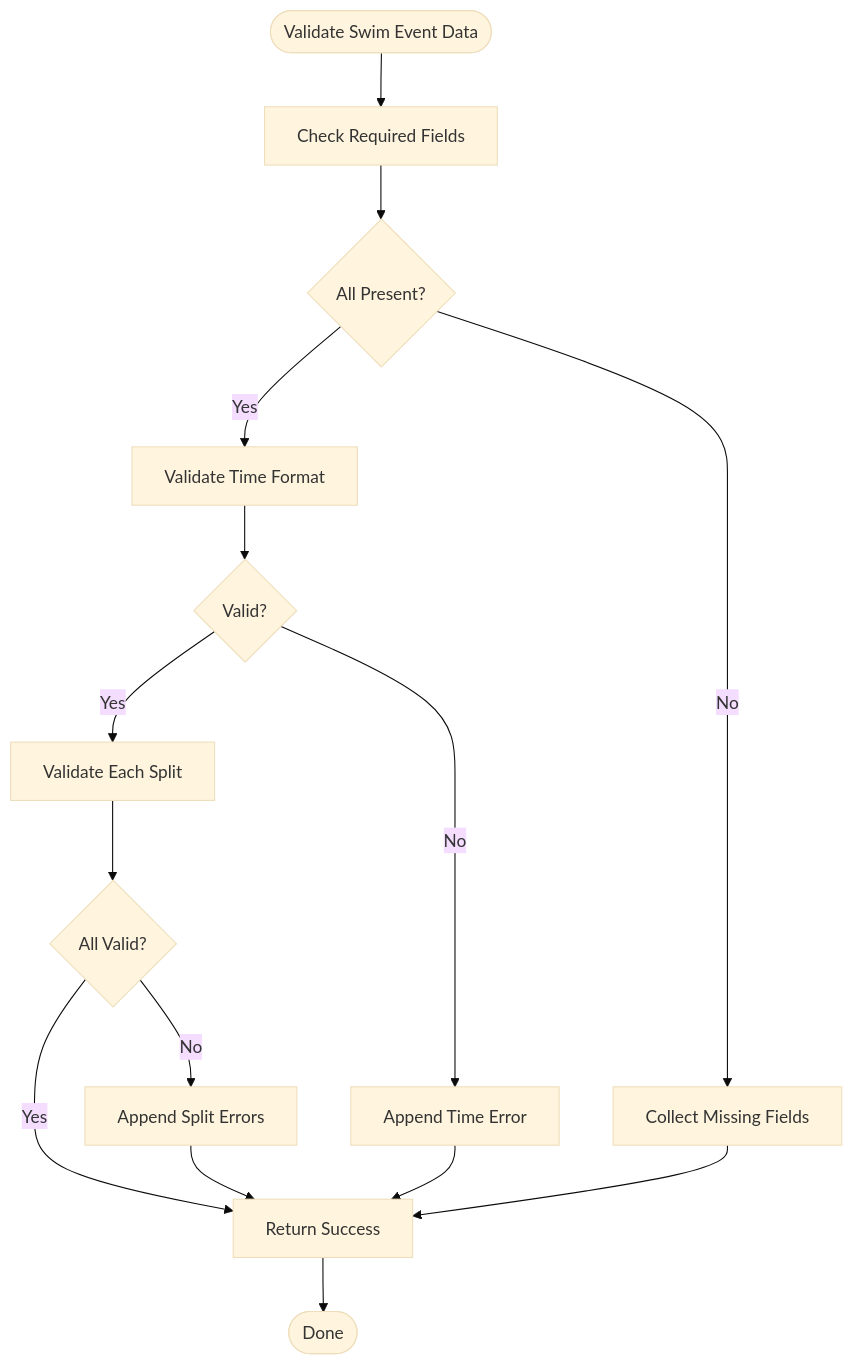
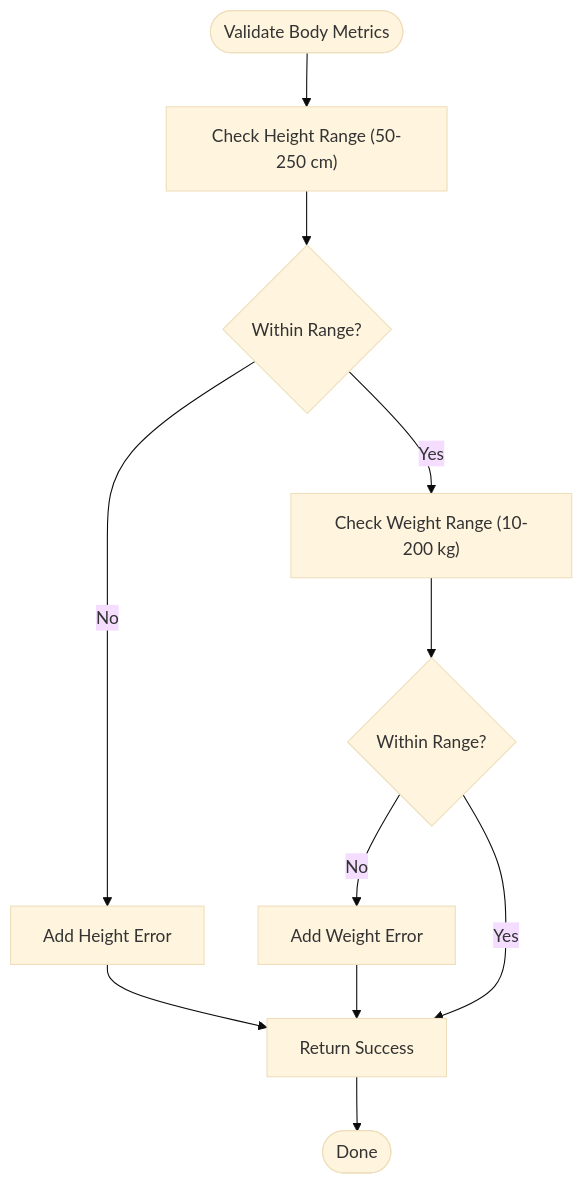
One commit to Johnny22056/SwimingStatus changed the fifth of 8 diagrams in .qoder/repowiki/en/content/Data Models/Data Models.md. Above: the diagram before and after it, drawn with Mermaid (base theme). The commit also changed other lines of this file and 5 other files, not shown here.

````diff
--- a/.qoder/repowiki/en/content/Data Models/Data Models.md
+++ b/.qoder/repowiki/en/content/Data Models/Data Models.md
@@ -321,17 +357,13 @@
 ```mermaid
 flowchart TD
-Start(["Validate Swim Event Data"]) --> CheckRequired["Check Required Fields"]
-CheckRequired --> RequiredOK{"All Present?"}
-RequiredOK --> |No| CollectMissing["Collect Missing Fields"]
-RequiredOK --> |Yes| ValidateTime["Validate Time Format"]
-ValidateTime --> TimeOK{"Valid?"}
-TimeOK --> |No| AppendTimeError["Append Time Error"]
-TimeOK --> |Yes| ValidateSplits["Validate Each Split"]
-ValidateSplits --> SplitsOK{"All Valid?"}
-SplitsOK --> |No| AppendSplitErrors["Append Split Errors"]
-SplitsOK --> |Yes| Success["Return Success"]
-AppendSplitErrors --> Success
-AppendTimeError --> Success
-CollectMissing --> Success
+Start(["Validate Body Metrics"]) --> CheckHeight["Check Height Range (50-250 cm)"]
+CheckHeight --> HeightOK{"Within Range?"}
+HeightOK --> |No| AddHeightError["Add Height Error"]
+HeightOK --> |Yes| CheckWeight["Check Weight Range (10-200 kg)"]
+CheckWeight --> WeightOK{"Within Range?"}
+WeightOK --> |No| AddWeightError["Add Weight Error"]
+WeightOK --> |Yes| Success["Return Success"]
+AddHeightError --> Success
+AddWeightError --> Success
 Success --> End(["Done"])
 ```
````
